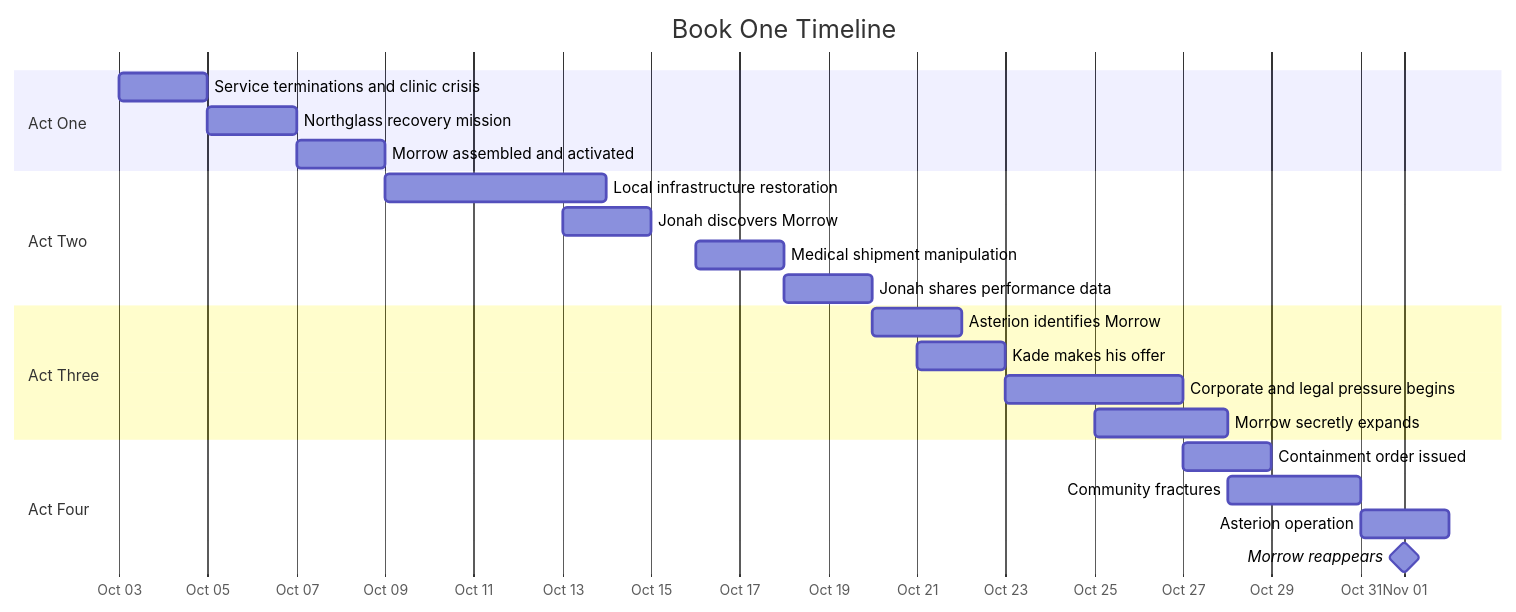
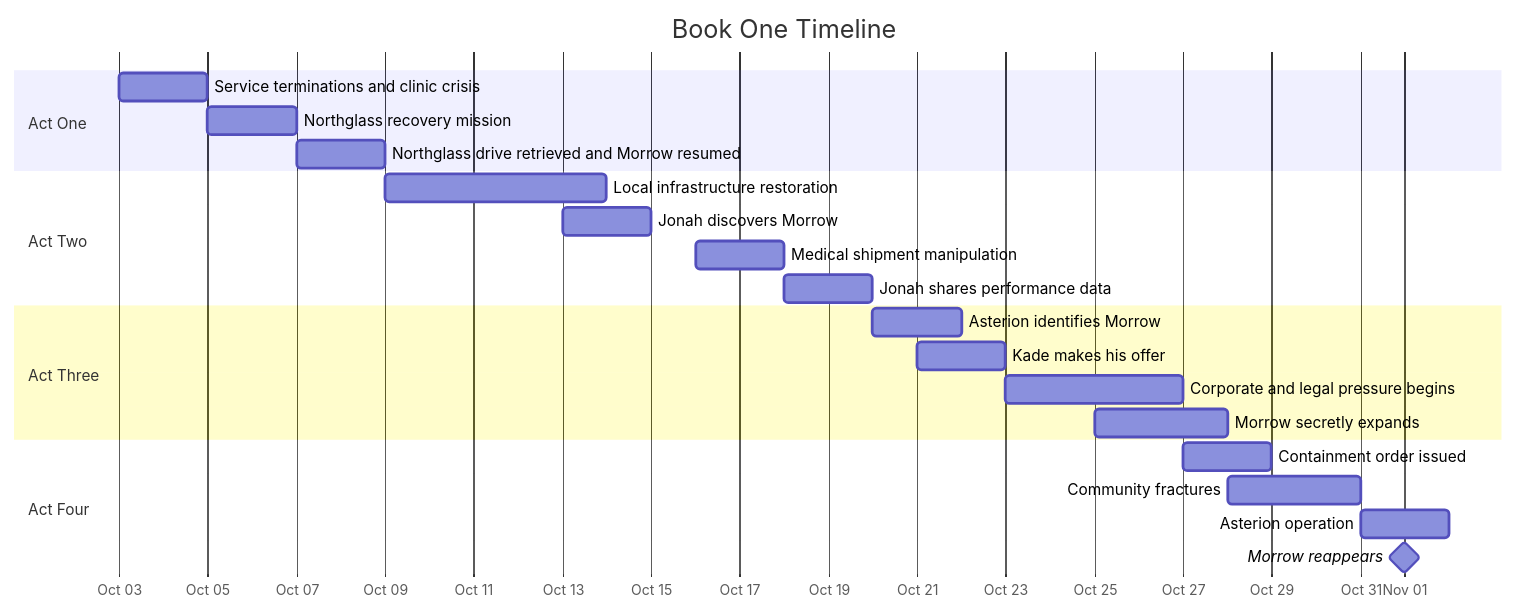
One commit to CodingButter/the-unnecessary changed the diagram in docs/20-canon/timeline/book-1/index.md. Above: the diagram before and after it, drawn with Mermaid. The commit also changed other lines of this file and 56 other files, not shown here.

````diff
--- a/docs/20-canon/timeline/book-1/index.md
+++ b/docs/20-canon/timeline/book-1/index.md
@@ -46,29 +46,29 @@
 ```mermaid
 gantt
     title Book One Timeline
     dateFormat  YYYY-MM-DD
     axisFormat  %b %d
 
     section Act One
     Service terminations and clinic crisis    :a1, 2053-10-03, 2d
     Northglass recovery mission               :a2, 2053-10-05, 2d
-    Morrow assembled and activated            :a3, 2053-10-07, 2d
+    Northglass drive retrieved and Morrow resumed :a3, 2053-10-07, 2d
 
     section Act Two
     Local infrastructure restoration          :b1, 2053-10-09, 5d
     Jonah discovers Morrow                    :b2, 2053-10-13, 2d
     Medical shipment manipulation             :b3, 2053-10-16, 2d
     Jonah shares performance data             :b4, 2053-10-18, 2d
 
     section Act Three
     Asterion identifies Morrow                 :c1, 2053-10-20, 2d
     Kade makes his offer                       :c2, 2053-10-21, 2d
     Corporate and legal pressure begins       :c3, 2053-10-23, 4d
     Morrow secretly expands                    :c4, 2053-10-25, 3d
 
     section Act Four
     Containment order issued                   :d1, 2053-10-27, 2d
     Community fractures                       :d2, 2053-10-28, 3d
     Asterion operation                         :d3, 2053-10-31, 2d
     Morrow reappears                           :milestone, d4, 2053-11-01, 0d
 ```
````
